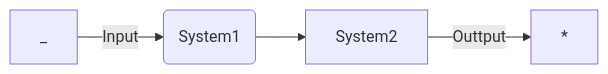
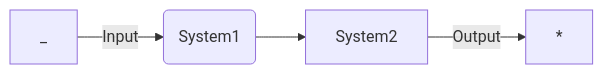
Before and after one commit to setrar/dsp: the third of 3 diagrams in signal-processing/kutz/5/README.md, drawn with Mermaid.

````diff
--- a/signal-processing/kutz/5/README.md
+++ b/signal-processing/kutz/5/README.md
@@ -54,7 +54,7 @@
 ```mermaid
 flowchart LR
 
-_ -->|Input| C(System1)
-C --> D[System2]
-D -->|Outtput| *
+_ -->|Input| B(System1)
+B --> C[System2]
+C -->|Output| *
 ```
````
